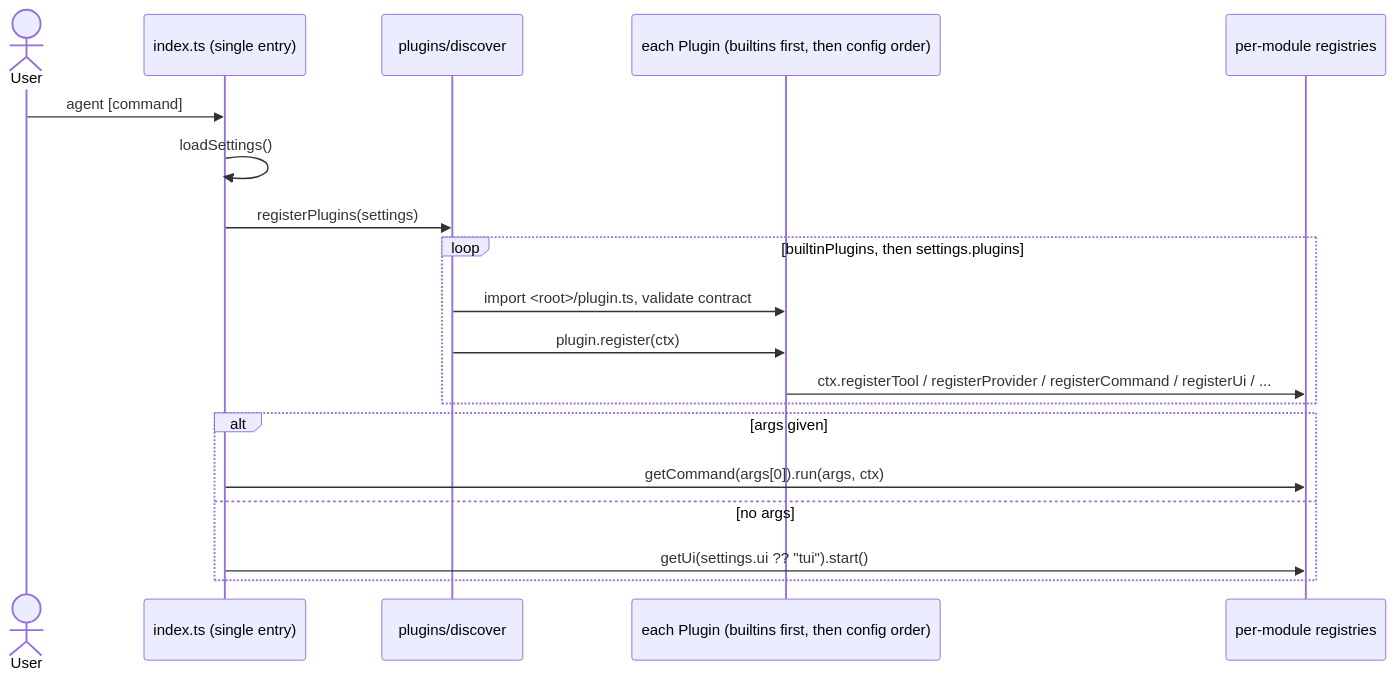
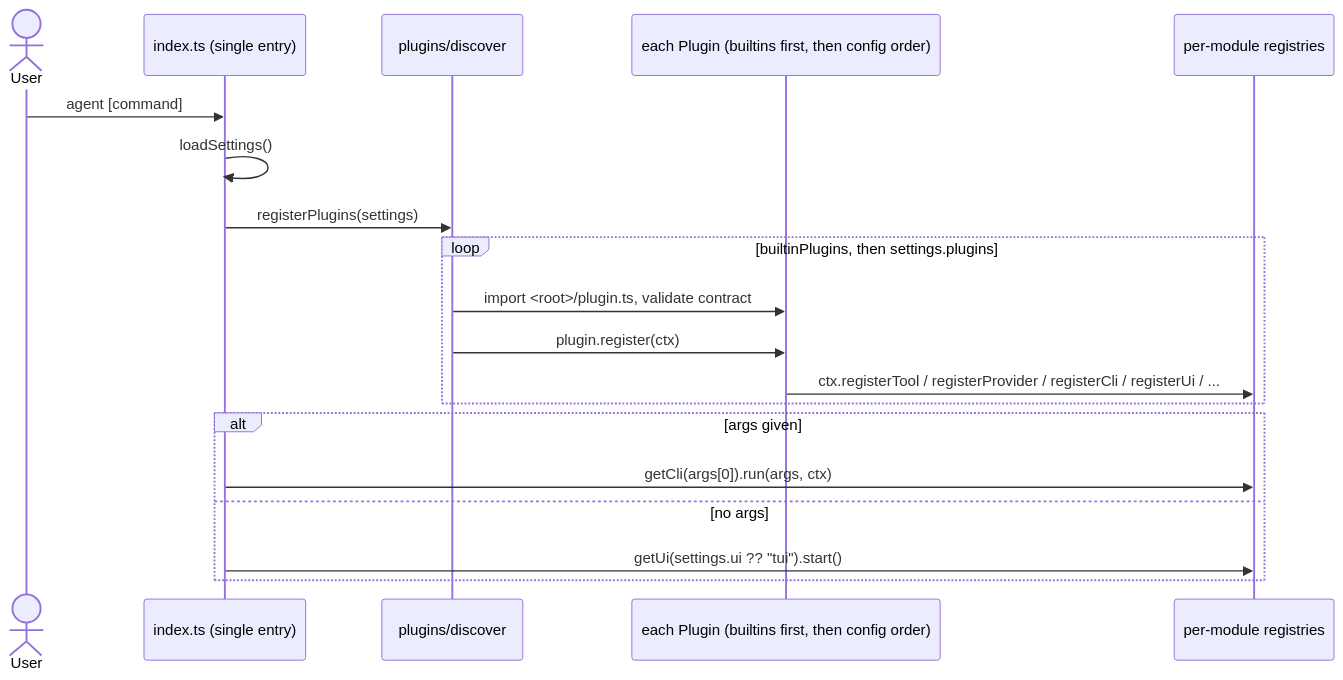
The second of 2 diagrams in AGENTS.md (wjchoi87/xal), drawn with Mermaid before and after one commit. The commit also changed other lines of this file and 9 other files, not shown here.

Commit message:
rename command registry to cli

````diff
--- a/AGENTS.md
+++ b/AGENTS.md
@@ -50,22 +50,22 @@
 ```mermaid
 sequenceDiagram
     actor User
     participant Entry as index.ts (single entry)
     participant Discover as plugins/discover
     participant P as each Plugin (builtins first, then config order)
     participant Reg as per-module registries
 
     User->>Entry: agent [command]
     Entry->>Entry: loadSettings()
     Entry->>Discover: registerPlugins(settings)
     loop builtinPlugins, then settings.plugins
         Discover->>P: import <root>/plugin.ts, validate contract
         Discover->>P: plugin.register(ctx)
-        P->>Reg: ctx.registerTool / registerProvider / registerCommand / registerUi / ...
+        P->>Reg: ctx.registerTool / registerProvider / registerCli / registerUi / ...
     end
     alt args given
-        Entry->>Reg: getCommand(args[0]).run(args, ctx)
+        Entry->>Reg: getCli(args[0]).run(args, ctx)
     else no args
         Entry->>Reg: getUi(settings.ui ?? "tui").start()
     end
 ```
````
